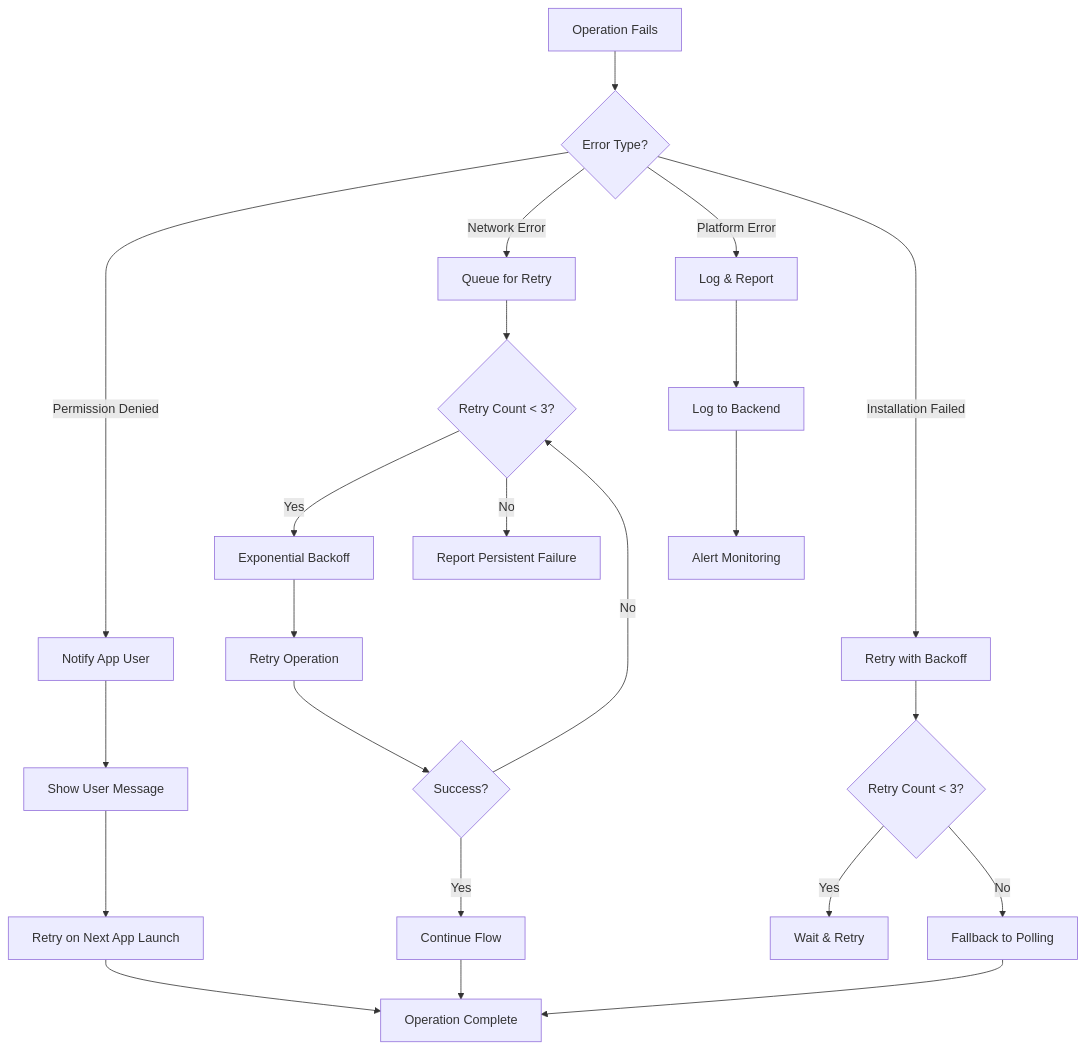
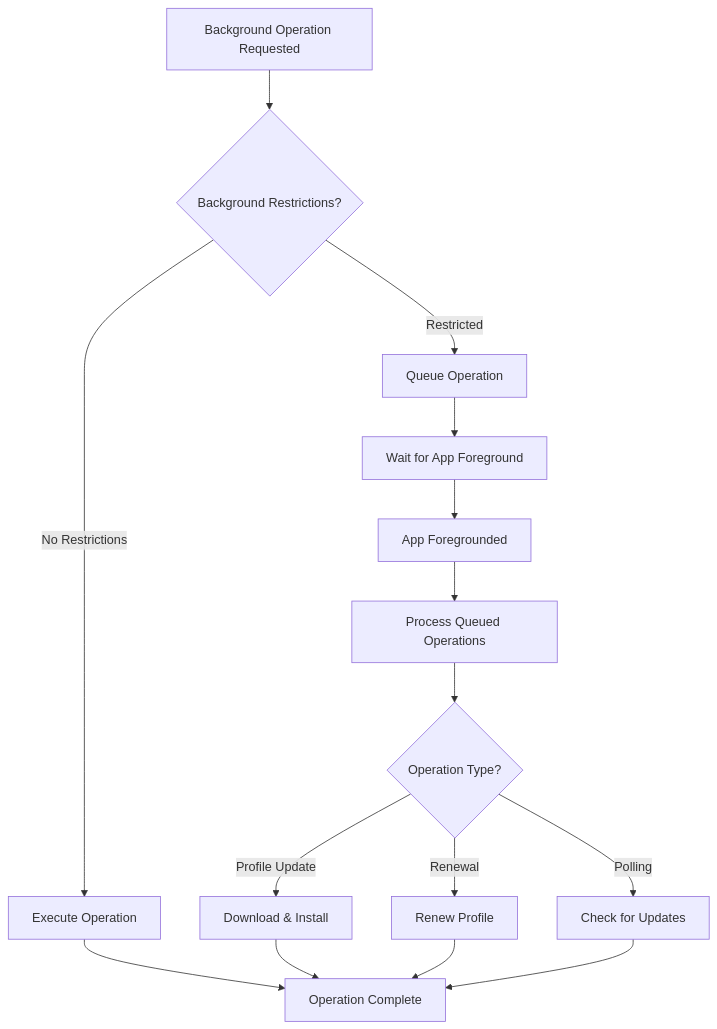
Before and after one commit to bellones/breakingnews: the third of 4 diagrams in README.md, drawn with Mermaid. The commit also changed other lines of this file, not shown here.

````diff
--- a/README.md
+++ b/README.md
@@ -74,30 +66,20 @@
 ```mermaid
 graph TD
-    A[Operation Fails] --> B{Error Type?}
-    B -->|Permission Denied| C[Notify App User]
-    B -->|Network Error| D[Queue for Retry]
-    B -->|Platform Error| E[Log & Report]
-    B -->|Installation Failed| F[Retry with Backoff]
+    A[Background Operation Requested] --> B{Background Restrictions?}
+    B -->|No Restrictions| C[Execute Operation]
+    B -->|Restricted| D[Queue Operation]
     
-    C --> G[Show User Message]
-    G --> H[Retry on Next App Launch]
+    C --> E[Operation Complete]
     
-    D --> I{Retry Count < 3?}
-    I -->|Yes| J[Exponential Backoff]
-    J --> K[Retry Operation]
-    K --> L{Success?}
-    L -->|Yes| M[Continue Flow]
-    L -->|No| I
-    I -->|No| N[Report Persistent Failure]
+    D --> F[Wait for App Foreground]
+    F --> G[App Foregrounded]
+    G --> H[Process Queued Operations]
+    H --> I{Operation Type?}
+    I -->|Profile Update| J[Download & Install]
+    I -->|Renewal| K[Renew Profile]
+    I -->|Polling| L[Check for Updates]
     
-    E --> O[Log to Backend]
-    O --> P[Alert Monitoring]
-    
-    F --> Q{Retry Count < 3?}
-    Q -->|Yes| R[Wait & Retry]
-    Q -->|No| S[Fallback to Polling]
-    
-    H --> T[Operation Complete]
-    M --> T
-    S --> T
+    J --> E
+    K --> E
+    L --> E
 ```
````
